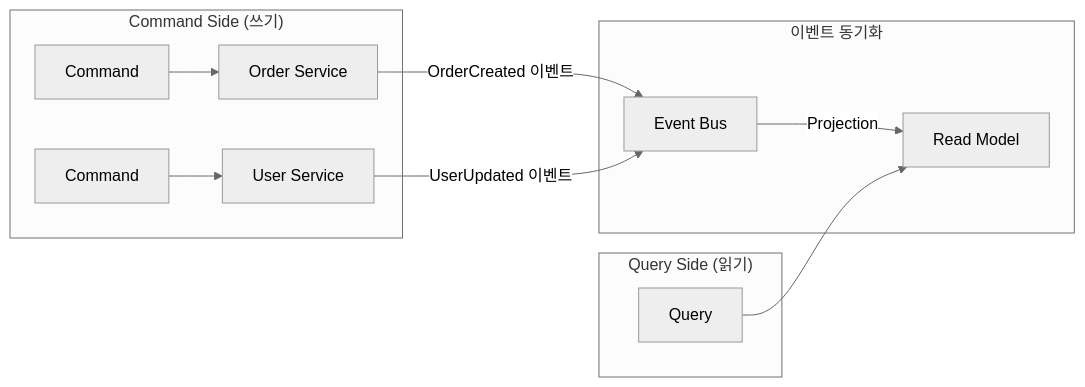
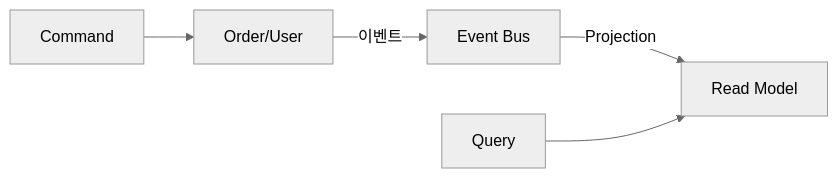
Before and after one commit to yjkim2015/yjkim2015.github.io: the fourth of 4 diagrams in _posts/architecture/2026-05-01-msa.md, drawn with Mermaid (neutral theme). The commit also changed other lines of this file and 155 other files, not shown here.

First line of the commit message:
Mermaid 전면 수정: subgraph 제거, participant/노드/줄수 축소 (342블록)

````diff
--- a/_posts/architecture/2026-05-01-msa.md
+++ b/_posts/architecture/2026-05-01-msa.md
@@ -266,15 +259,7 @@
 ```mermaid
 graph LR
-    subgraph "Command Side (쓰기)"
-        CMD[Command] --> OS[Order Service]
-        CMD2[Command] --> US[User Service]
-    end
-    subgraph "이벤트 동기화"
-        OS -->|OrderCreated 이벤트| EB[Event Bus]
-        US -->|UserUpdated 이벤트| EB
-        EB -->|Projection| RM[Read Model]
-    end
-    subgraph "Query Side (읽기)"
-        Q[Query] --> RM
-    end
+    CMD["Command"] --> OS["Order/User"]
+    OS -->|"이벤트"| EB["Event Bus"]
+    EB -->|"Projection"| RM["Read Model"]
+    Q["Query"] --> RM
 ```
````
